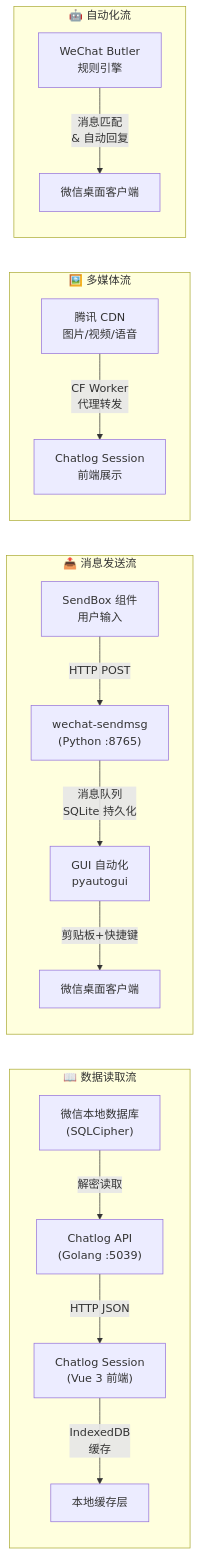
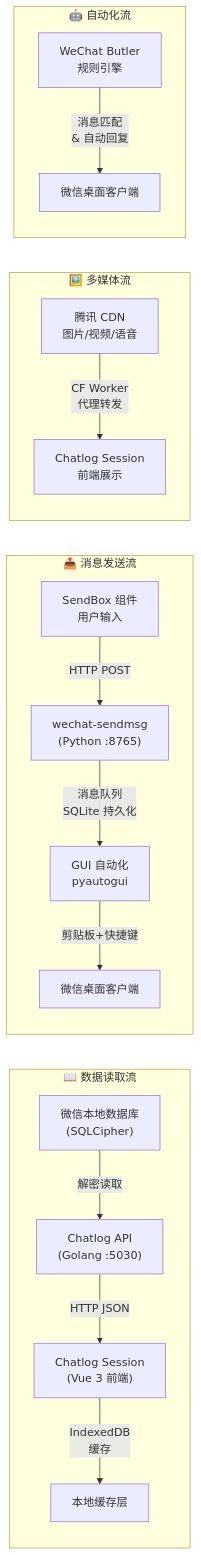
Before and after one commit to xlight/chatlog-session: the second of 4 diagrams in docs/README.md, drawn with Mermaid. The commit also changed other lines of this file, not shown here.

First line of the commit message:
更新文档索引与架构图

````diff
--- a/docs/README.md
+++ b/docs/README.md
@@ -53,22 +60,22 @@
 ```mermaid
 flowchart LR
     subgraph 数据读取流["📖 数据读取流"]
-        A1["微信本地数据库<br/>(SQLCipher)"] -->|"解密读取"| A2["Chatlog API<br/>(Golang :5039)"]
+        A1["微信本地数据库<br/>(SQLCipher)"] -->|"解密读取"| A2["Chatlog API<br/>(Golang :5030)"]
         A2 -->|"HTTP JSON"| A3["Chatlog Session<br/>(Vue 3 前端)"]
         A3 -->|"IndexedDB<br/>缓存"| A4["本地缓存层"]
     end
 
     subgraph 消息发送流["📤 消息发送流"]
         B1["SendBox 组件<br/>用户输入"] -->|"HTTP POST"| B2["wechat-sendmsg<br/>(Python :8765)"]
         B2 -->|"消息队列<br/>SQLite 持久化"| B3["GUI 自动化<br/>pyautogui"]
         B3 -->|"剪贴板+快捷键"| B4["微信桌面客户端"]
     end
 
     subgraph 多媒体流["🖼️ 多媒体流"]
         C1["腾讯 CDN<br/>图片/视频/语音"] -->|"CF Worker<br/>代理转发"| C2["Chatlog Session<br/>前端展示"]
     end
 
     subgraph 自动化流["🤖 自动化流"]
         D1["WeChat Butler<br/>规则引擎"] -->|"消息匹配<br/>& 自动回复"| D2["微信桌面客户端"]
     end
 ```
````
